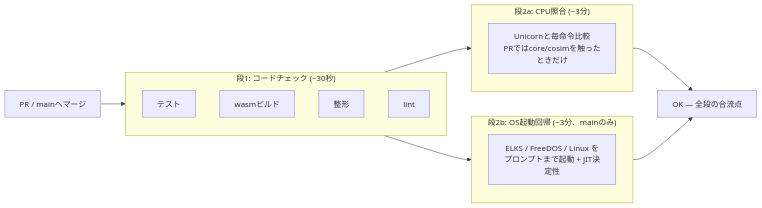
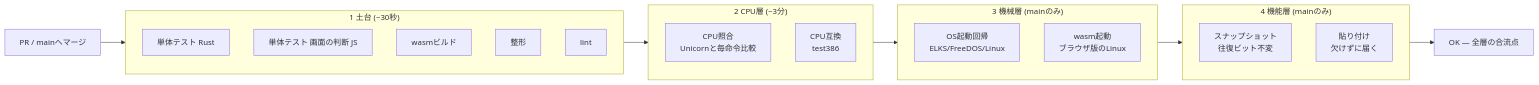
The diagram in docs/reference/ci.md (yoshiharu-ishii/rustx86), drawn with Mermaid before and after one commit. The commit also changed other lines of this file and 2 other files, not shown here.

````diff
--- a/docs/reference/ci.md
+++ b/docs/reference/ci.md
@@ -16,19 +16,28 @@
 ```mermaid
 flowchart LR
-    PR[PR / mainへマージ] --> CHECKJ
+    PR[PR / mainへマージ] --> L1
 
-    subgraph CHECKJ["段1: コードチェック (~30秒)"]
-        T[テスト] & W[wasmビルド] & F[整形] & L[lint]
+    subgraph L1["1 土台 (~30秒)"]
+        T[単体テスト Rust] & U[単体テスト 画面の判断 JS] & W[wasmビルド] & F[整形] & L[lint]
     end
 
-    CHECKJ --> COS & REG
+    L1 --> L2
 
-    subgraph COS["段2a: CPU照合 (~3分)"]
-        C[Unicornと毎命令比較<br>PRではcore/cosimを触ったときだけ]
-    end
-    subgraph REG["段2b: OS起動回帰 (~3分、mainのみ)"]
-        G[ELKS / FreeDOS / Linux を<br>プロンプトまで起動 + JIT決定性]
+    subgraph L2["2 CPU層 (~3分)"]
+        C[CPU照合<br>Unicornと毎命令比較] & X[CPU互換<br>test386]
     end
 
-    COS & REG --> OK[OK — 全段の合流点]
+    L2 --> L3
+
+    subgraph L3["3 機械層 (mainのみ)"]
+        G[OS起動回帰<br>ELKS/FreeDOS/Linux] & V[wasm起動<br>ブラウザ版のLinux]
+    end
+
+    L3 --> L4
+
+    subgraph L4["4 機能層 (mainのみ)"]
+        S[スナップショット<br>往復ビット不変] & P[貼り付け<br>欠けずに届く]
+    end
+
+    L4 --> OK[OK — 全層の合流点]
 ```
````
